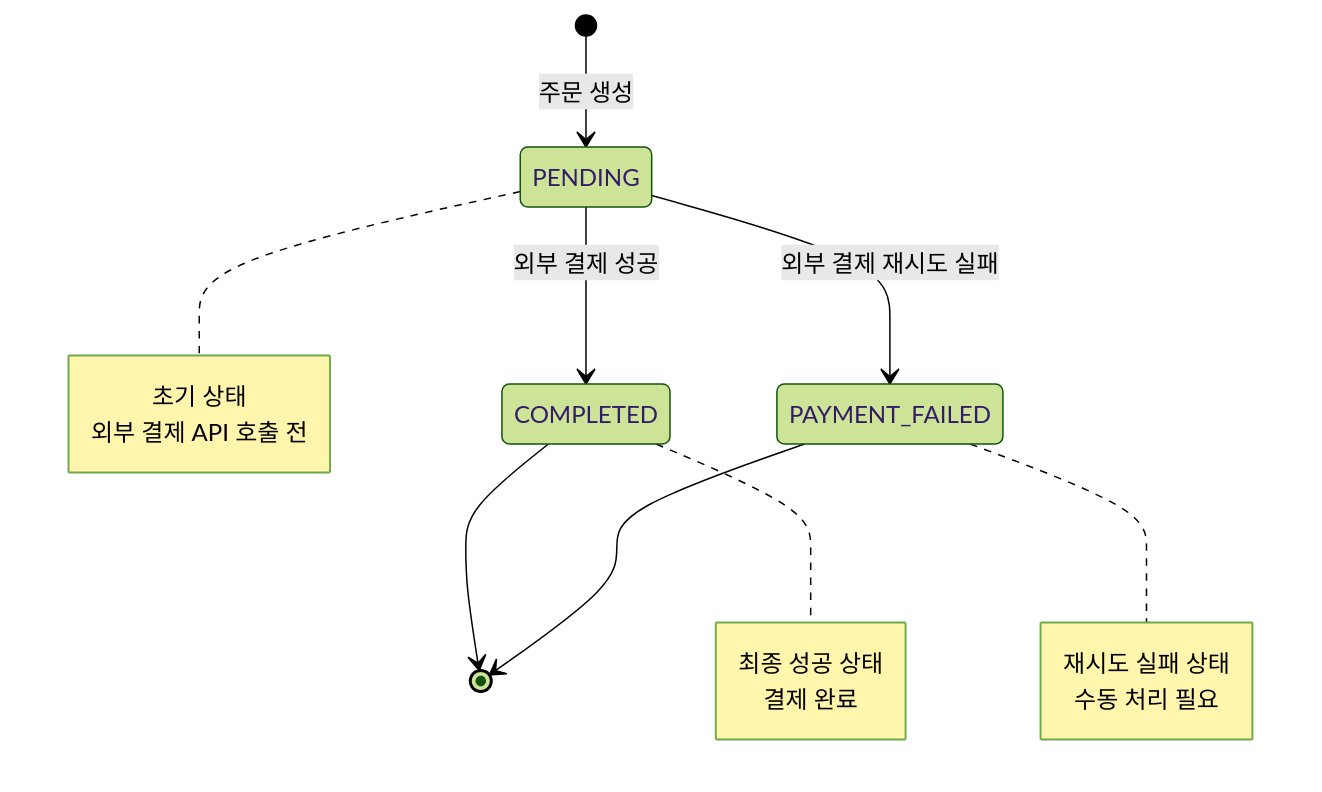
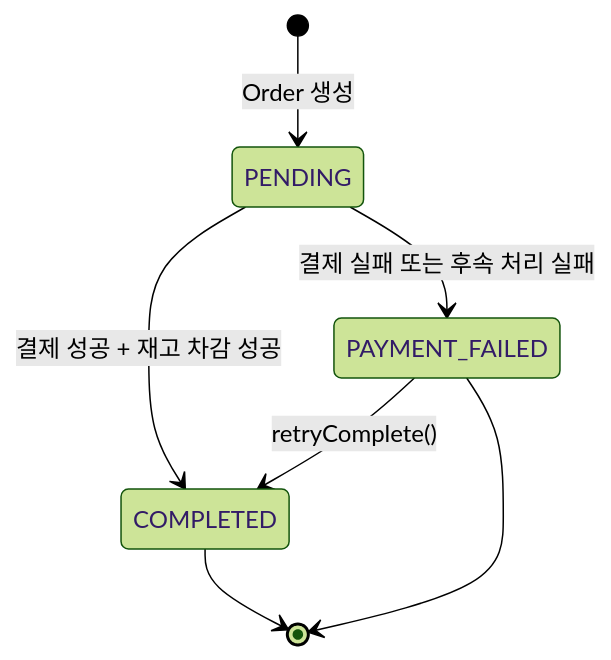
Before and after one commit to JeonJe/commerce-backend: the fourth of 5 diagrams in docs/design/03-class-diagram.md, drawn with Mermaid (forest theme). The commit also changed other lines of this file and 9 other files, not shown here.

````diff
--- a/docs/design/03-class-diagram.md
+++ b/docs/design/03-class-diagram.md
@@ -199,23 +252,9 @@
 ```mermaid
 stateDiagram-v2
-    [*] --> PENDING: 주문 생성
-    PENDING --> COMPLETED: 외부 결제 성공
-    PENDING --> PAYMENT_FAILED: 외부 결제 재시도 실패
+    [*] --> PENDING: Order 생성
+    PENDING --> COMPLETED: 결제 성공 + 재고 차감 성공
+    PENDING --> PAYMENT_FAILED: 결제 실패 또는 후속 처리 실패
+    PAYMENT_FAILED --> COMPLETED: retryComplete()
     COMPLETED --> [*]
     PAYMENT_FAILED --> [*]
-
-    note right of PENDING
-        초기 상태
-        외부 결제 API 호출 전
-    end note
-
-    note right of COMPLETED
-        최종 성공 상태
-        결제 완료
-    end note
-
-    note right of PAYMENT_FAILED
-        재시도 실패 상태
-        수동 처리 필요
-    end note
 ```
````
